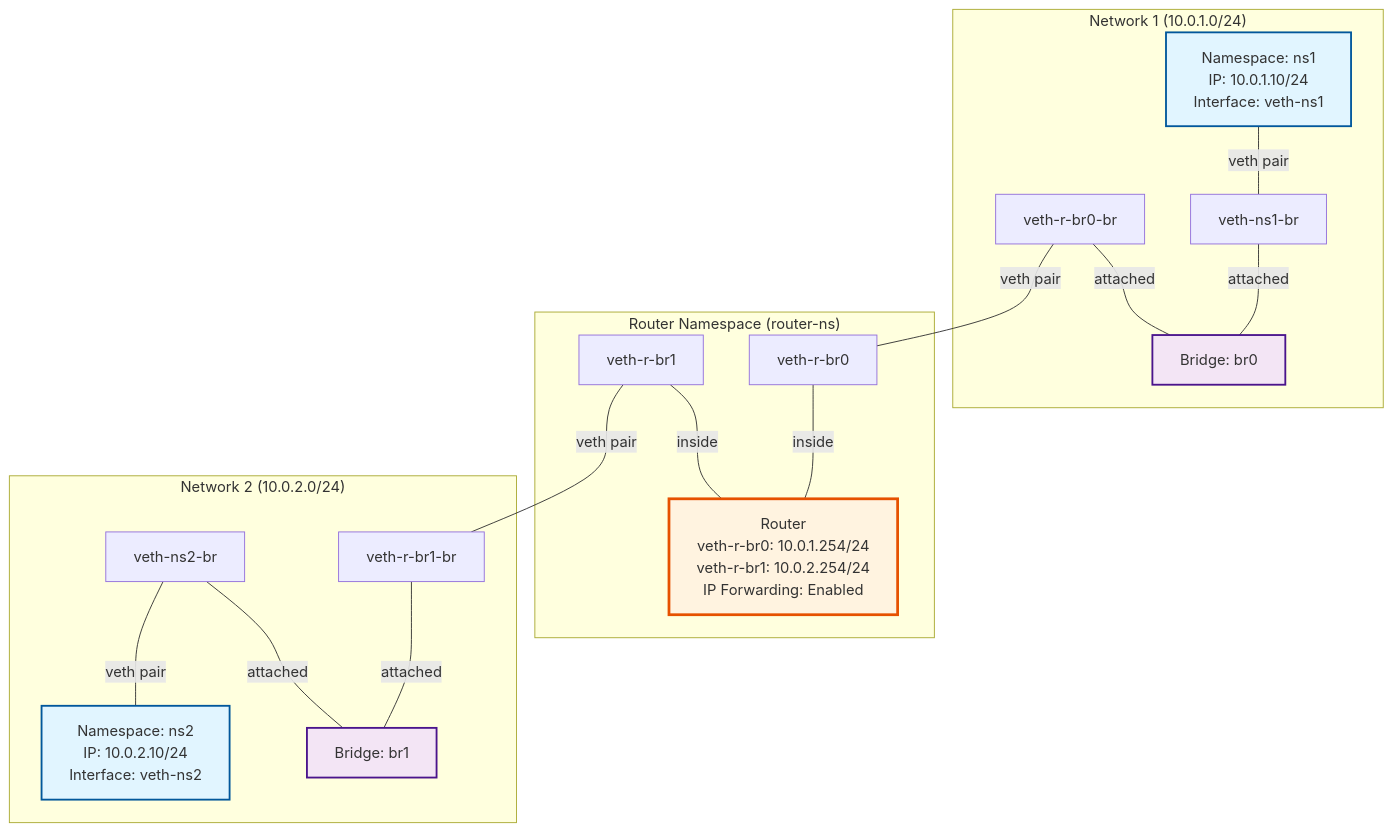
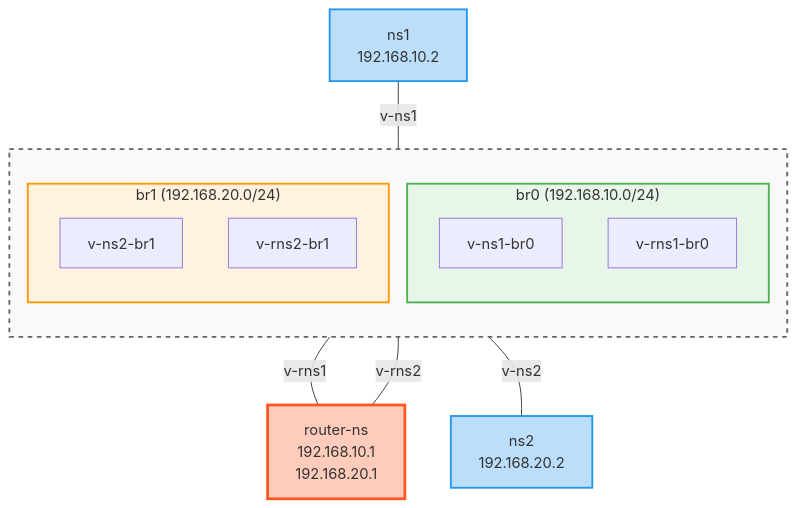
Before and after one commit to johnshumon/courses: the first of 3 diagrams in mlops-with-cloud/assigments/nw-ns-simulation/network-topology.md, drawn with Mermaid.

Commit message:
commit-snapshot-2025-11-17 12:05:04

````diff
--- a/mlops-with-cloud/assigments/nw-ns-simulation/network-topology.md
+++ b/mlops-with-cloud/assigments/nw-ns-simulation/network-topology.md
@@ -5,40 +5,31 @@
 ```mermaid
 graph TB
-    subgraph "Network 1 (10.0.1.0/24)"
-        NS1[Namespace: ns1<br/>IP: 10.0.1.10/24<br/>Interface: veth-ns1]
-        BR0[Bridge: br0]
-        VETH_NS1_BR[veth-ns1-br]
-        VETH_R_BR0_BR[veth-r-br0-br]
+    subgraph root[" "]
+        direction TB
+        subgraph net1["br0 (192.168.10.0/24)"]
+            v1br["v-ns1-br0"]
+            vr1br["v-rns1-br0"]
+        end
+        
+        subgraph net2["br1 (192.168.20.0/24)"]
+            v2br["v-ns2-br1"]
+            vr2br["v-rns2-br1"]
+        end
     end
     
-    subgraph "Router Namespace (router-ns)"
-        ROUTER[Router<br/>veth-r-br0: 10.0.1.254/24<br/>veth-r-br1: 10.0.2.254/24<br/>IP Forwarding: Enabled]
-        VETH_R_BR0[veth-r-br0]
-        VETH_R_BR1[veth-r-br1]
-    end
+    ns1["ns1<br/>192.168.10.2"]
+    router["router-ns<br/>192.168.10.1<br/>192.168.20.1"]
+    ns2["ns2<br/>192.168.20.2"]
     
-    subgraph "Network 2 (10.0.2.0/24)"
-        NS2[Namespace: ns2<br/>IP: 10.0.2.10/24<br/>Interface: veth-ns2]
-        BR1[Bridge: br1]
-        VETH_NS2_BR[veth-ns2-br]
-        VETH_R_BR1_BR[veth-r-br1-br]
-    end
+    ns1 ---|v-ns1| v1br
+    vr1br ---|v-rns1| router
+    router ---|v-rns2| vr2br
+    v2br ---|v-ns2| ns2
     
-    NS1 ---|veth pair| VETH_NS1_BR
-    VETH_NS1_BR ---|attached| BR0
-    VETH_R_BR0_BR ---|attached| BR0
-    VETH_R_BR0_BR ---|veth pair| VETH_R_BR0
-    VETH_R_BR0 ---|inside| ROUTER
-    
-    VETH_R_BR1 ---|inside| ROUTER
-    VETH_R_BR1 ---|veth pair| VETH_R_BR1_BR
-    VETH_R_BR1_BR ---|attached| BR1
-    VETH_NS2_BR ---|attached| BR1
-    VETH_NS2_BR ---|veth pair| NS2
-    
-    style NS1 fill:#e1f5ff,stroke:#01579b,stroke-width:2px
-    style NS2 fill:#e1f5ff,stroke:#01579b,stroke-width:2px
-    style ROUTER fill:#fff3e0,stroke:#e65100,stroke-width:3px
-    style BR0 fill:#f3e5f5,stroke:#4a148c,stroke-width:2px
-    style BR1 fill:#f3e5f5,stroke:#4a148c,stroke-width:2px
+    style root fill:#f9f9f9,stroke:#666,stroke-width:2px,stroke-dasharray: 5 5
+    style net1 fill:#e8f5e9,stroke:#4caf50,stroke-width:2px
+    style net2 fill:#fff3e0,stroke:#ff9800,stroke-width:2px
+    style ns1 fill:#bbdefb,stroke:#2196f3,stroke-width:2px
+    style ns2 fill:#bbdefb,stroke:#2196f3,stroke-width:2px
+    style router fill:#ffccbc,stroke:#ff5722,stroke-width:3px
 ```
````
